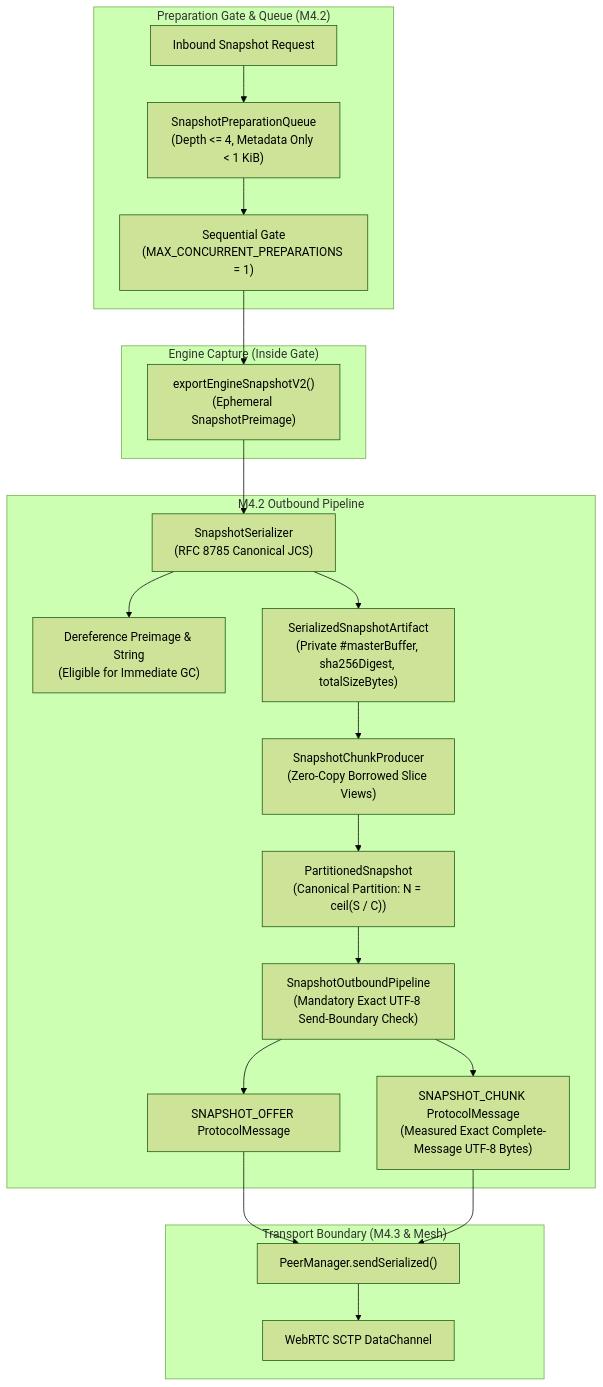
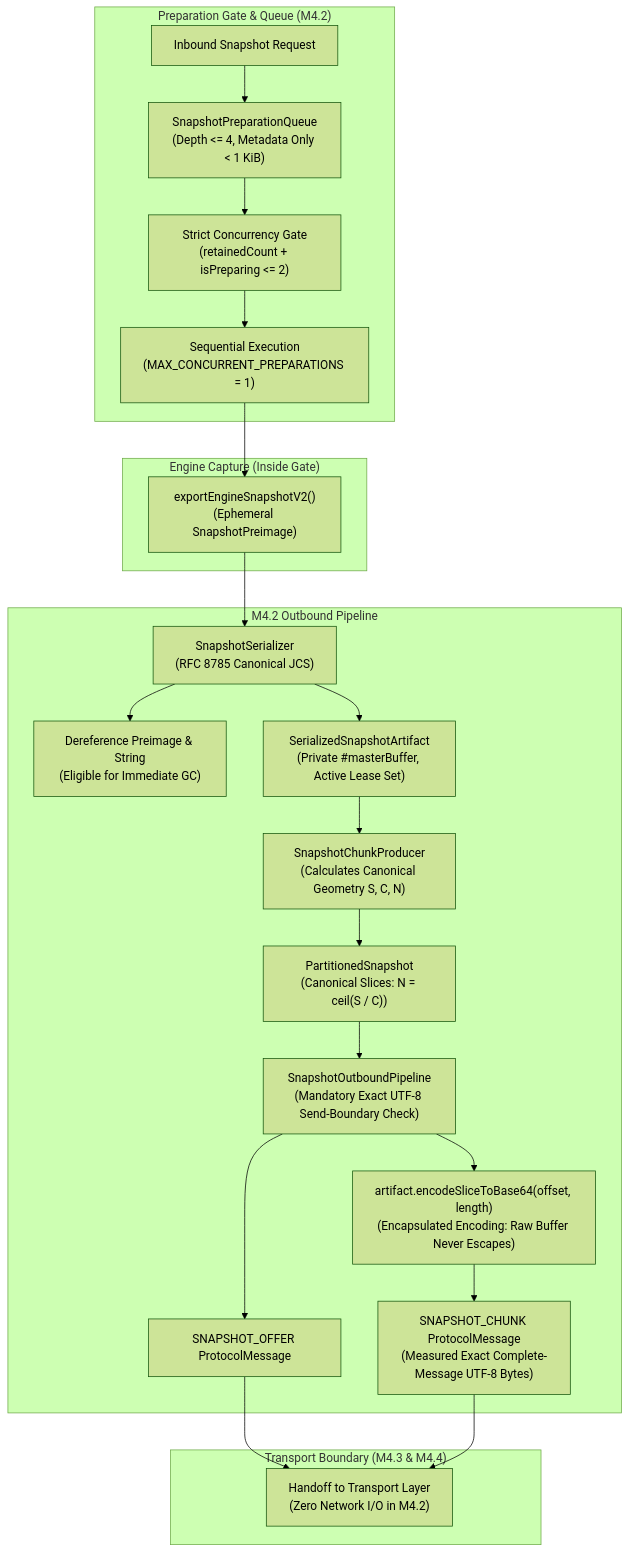
Before and after one commit to Tejdeepakchandra/SyncPlay_Protocol: the first of 2 diagrams in docs/PHASE7_5_M4_2_ARCHITECTURE.md, drawn with Mermaid (forest theme). The commit also changed other lines of this file and 5 other files, not shown here.

Commit message:
docs(phase-7.5-m4): finalize memory accounting, buffer lifecycle, and lease ownership in m4.2 planning suite

````diff
--- a/docs/PHASE7_5_M4_2_ARCHITECTURE.md
+++ b/docs/PHASE7_5_M4_2_ARCHITECTURE.md
@@ -22,28 +23,29 @@
 ```mermaid
 flowchart TD
     subgraph RequestQueue["Preparation Gate & Queue (M4.2)"]
         Req["Inbound Snapshot Request"] --> Queue["SnapshotPreparationQueue<br/>(Depth <= 4, Metadata Only < 1 KiB)"]
-        Queue --> Gate["Sequential Gate<br/>(MAX_CONCURRENT_PREPARATIONS = 1)"]
+        Queue --> AdmissionCheck["Strict Concurrency Gate<br/>(retainedCount + isPreparing <= 2)"]
+        AdmissionCheck --> Gate["Sequential Execution<br/>(MAX_CONCURRENT_PREPARATIONS = 1)"]
     end
 
     subgraph EngineCapture["Engine Capture (Inside Gate)"]
         Gate --> Export["exportEngineSnapshotV2()<br/>(Ephemeral SnapshotPreimage)"]
     end
 
     subgraph Serialization["M4.2 Outbound Pipeline"]
         Export --> Serializer["SnapshotSerializer<br/>(RFC 8785 Canonical JCS)"]
         Serializer --> PreimageDrop["Dereference Preimage & String<br/>(Eligible for Immediate GC)"]
-        Serializer --> SerializedArtifact["SerializedSnapshotArtifact<br/>(Private #masterBuffer, sha256Digest, totalSizeBytes)"]
-        SerializedArtifact --> ChunkProducer["SnapshotChunkProducer<br/>(Zero-Copy Borrowed Slice Views)"]
-        ChunkProducer --> PartitionedSnap["PartitionedSnapshot<br/>(Canonical Partition: N = ceil(S / C))"]
+        Serializer --> SerializedArtifact["SerializedSnapshotArtifact<br/>(Private #masterBuffer, Active Lease Set)"]
+        SerializedArtifact --> ChunkProducer["SnapshotChunkProducer<br/>(Calculates Canonical Geometry S, C, N)"]
+        ChunkProducer --> PartitionedSnap["PartitionedSnapshot<br/>(Canonical Slices: N = ceil(S / C))"]
         PartitionedSnap --> OutboundPipeline["SnapshotOutboundPipeline<br/>(Mandatory Exact UTF-8 Send-Boundary Check)"]
+        OutboundPipeline --> ArtifactEncode["artifact.encodeSliceToBase64(offset, length)<br/>(Encapsulated Encoding: Raw Buffer Never Escapes)"]
+        ArtifactEncode --> ChunkMsg["SNAPSHOT_CHUNK ProtocolMessage<br/>(Measured Exact Complete-Message UTF-8 Bytes)"]
         OutboundPipeline --> OfferMsg["SNAPSHOT_OFFER ProtocolMessage"]
-        OutboundPipeline --> ChunkMsg["SNAPSHOT_CHUNK ProtocolMessage<br/>(Measured Exact Complete-Message UTF-8 Bytes)"]
     end
 
-    subgraph Transport["Transport Boundary (M4.3 & Mesh)"]
-        OfferMsg --> SendBound["PeerManager.sendSerialized()"]
-        ChunkMsg --> SendBound
-        SendBound --> RTCDataChannel["WebRTC SCTP DataChannel"]
+    subgraph TransportBoundary["Transport Boundary (M4.3 & M4.4)"]
+        OfferMsg --> HandOff["Handoff to Transport Layer<br/>(Zero Network I/O in M4.2)"]
+        ChunkMsg --> HandOff
     end
 ```
````
